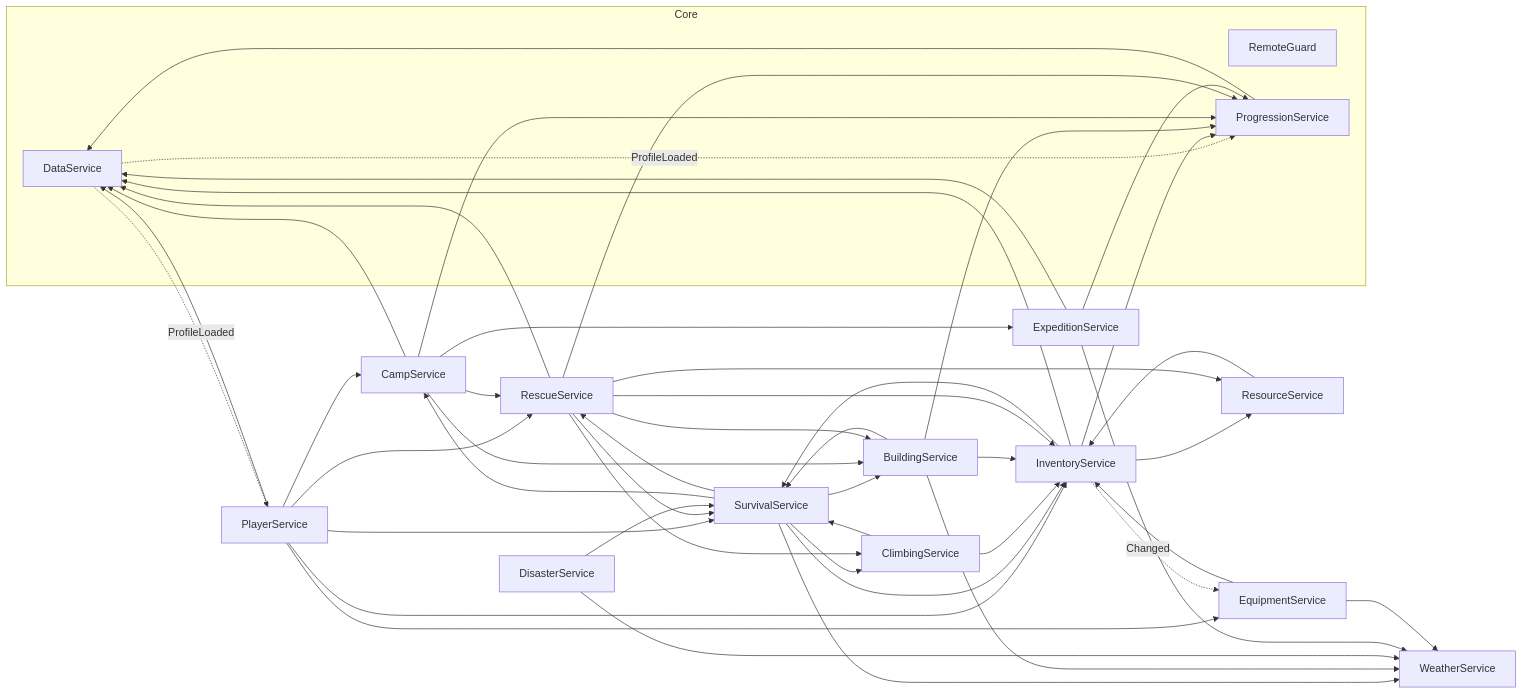
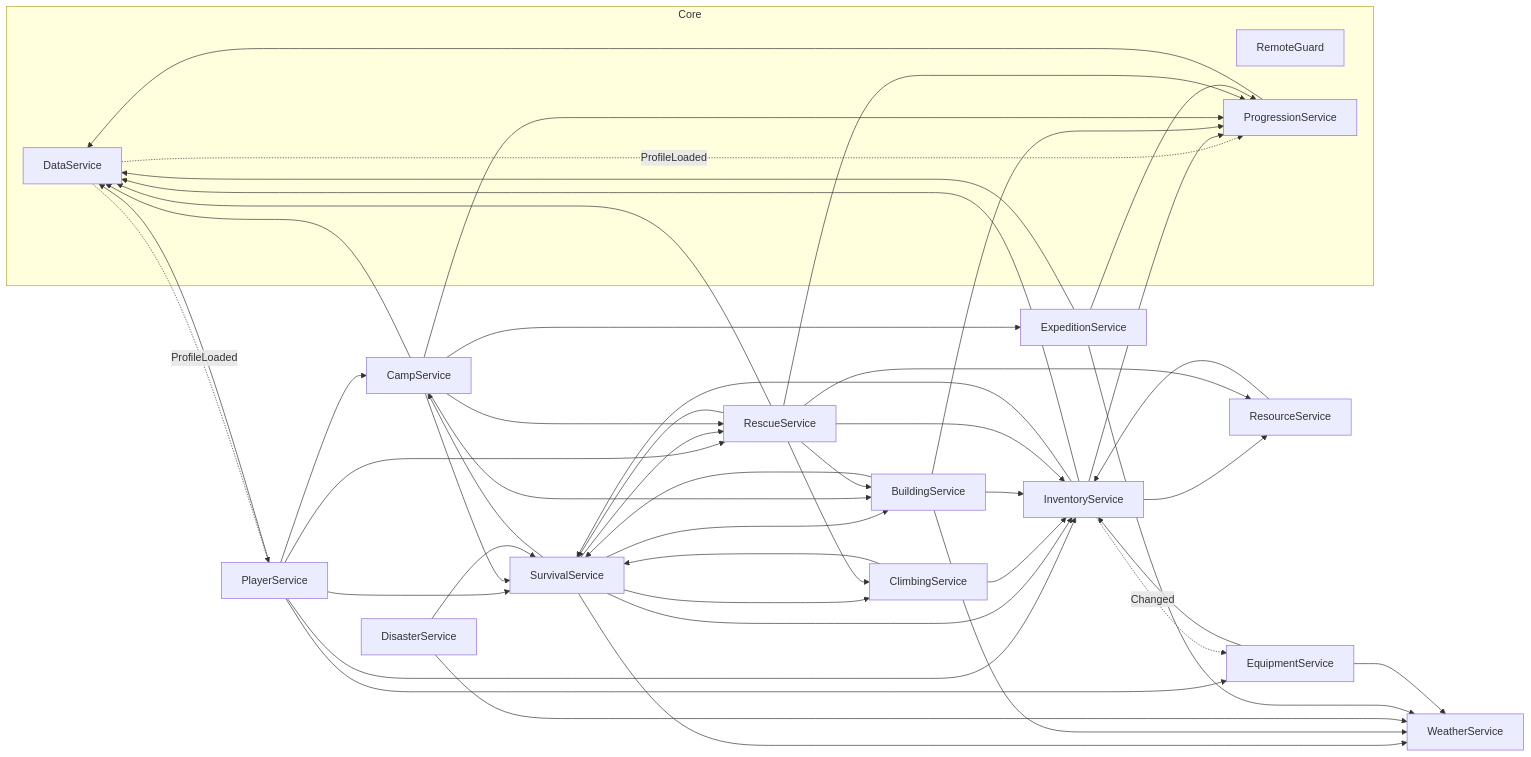
The first of 2 diagrams in docs/ARCHITECTURE.md (TsotneIvanashvili/Game), drawn with Mermaid before and after one commit. The commit also changed other lines of this file and 32 other files, not shown here.

````diff
--- a/docs/ARCHITECTURE.md
+++ b/docs/ARCHITECTURE.md
@@ -155,64 +171,65 @@
 ```mermaid
 flowchart LR
   subgraph Core
     RG[RemoteGuard]
     DS[DataService]
     PS[ProgressionService]
   end
   PLS[PlayerService] --> CS[CampService]
   PLS --> SS[SurvivalService]
   PLS --> EQ[EquipmentService]
   PLS --> INV[InventoryService]
   PLS --> RS[RescueService]
   PLS --> DS
   DS -. ProfileLoaded .-> PLS
   DS -. ProfileLoaded .-> PS
   PS --> DS
 
   SS --> INV
   SS --> WS[WeatherService]
   SS --> BS[BuildingService]
   SS --> CS
   SS --> CL[ClimbingService]
   SS --> RS
 
   CL --> SS
   CL --> INV
 
   INV --> SS
   INV --> RES[ResourceService]
   INV --> PS
   INV --> DS
   INV -. Changed .-> EQ
 
   BS --> SS
   BS --> INV
   BS --> WS
   BS --> PS
 
   RES --> INV
 
+  CS --> SS
   CS --> RS
   CS --> DS
   CS --> PS
   CS --> EX[ExpeditionService]
   CS --> BS
 
   RS --> SS
   RS --> CL
   RS --> INV
   RS --> DS
   RS --> PS
   RS --> RES
   RS --> BS
 
   DIS[DisasterService] --> SS
   DIS --> WS
 
   EX --> WS
   EX --> DS
   EX --> PS
 
   EQ --> INV
   EQ --> WS
 ```
````
